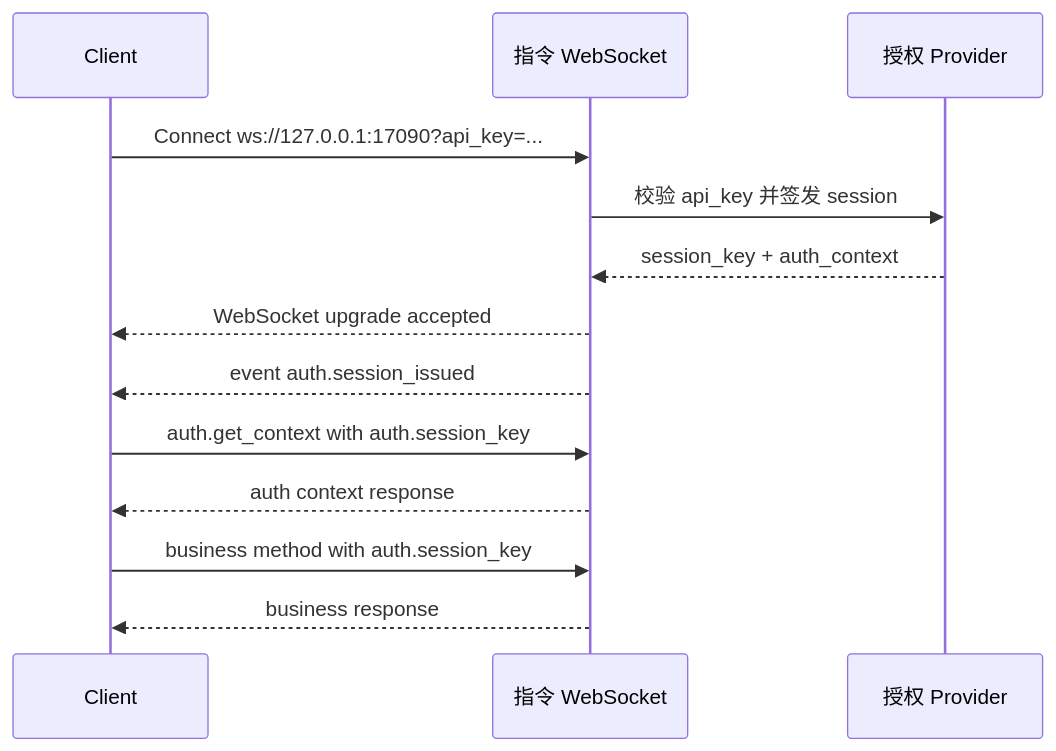
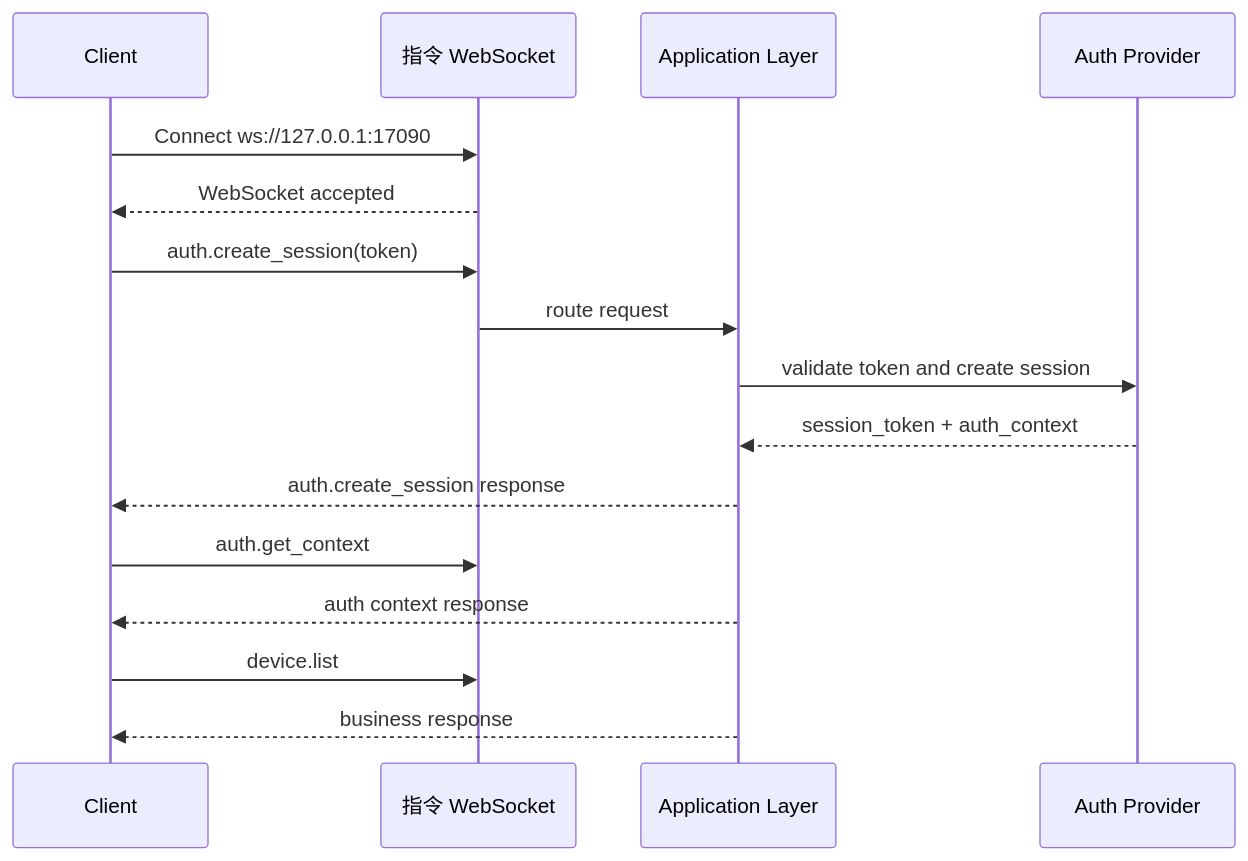
One commit to CZUR-Developer/czur-sdk-open changed the diagram in doc/COMMAND_CHANNEL_FLOW_ZH.md. Above: the diagram before and after it, drawn with Mermaid. The commit also changed other lines of this file and 51 other files, not shown here.

````diff
--- a/doc/COMMAND_CHANNEL_FLOW_ZH.md
+++ b/doc/COMMAND_CHANNEL_FLOW_ZH.md
@@ -209,16 +241,19 @@
 ```mermaid
 sequenceDiagram
     participant Client
     participant CommandWS as 指令 WebSocket
-    participant Auth as 授权 Provider
+    participant App as Application Layer
+    participant Auth as Auth Provider
 
-    Client->>CommandWS: Connect ws://127.0.0.1:17090?api_key=...
-    CommandWS->>Auth: 校验 api_key 并签发 session
-    Auth-->>CommandWS: session_key + auth_context
-    CommandWS-->>Client: WebSocket upgrade accepted
-    CommandWS-->>Client: event auth.session_issued
-    Client->>CommandWS: auth.get_context with auth.session_key
-    CommandWS-->>Client: auth context response
-    Client->>CommandWS: business method with auth.session_key
-    CommandWS-->>Client: business response
+    Client->>CommandWS: Connect ws://127.0.0.1:17090
+    CommandWS-->>Client: WebSocket accepted
+    Client->>CommandWS: auth.create_session(token)
+    CommandWS->>App: route request
+    App->>Auth: validate token and create session
+    Auth-->>App: session_token + auth_context
+    App-->>Client: auth.create_session response
+    Client->>CommandWS: auth.get_context
+    App-->>Client: auth context response
+    Client->>CommandWS: device.list
+    App-->>Client: business response
 ```
````
